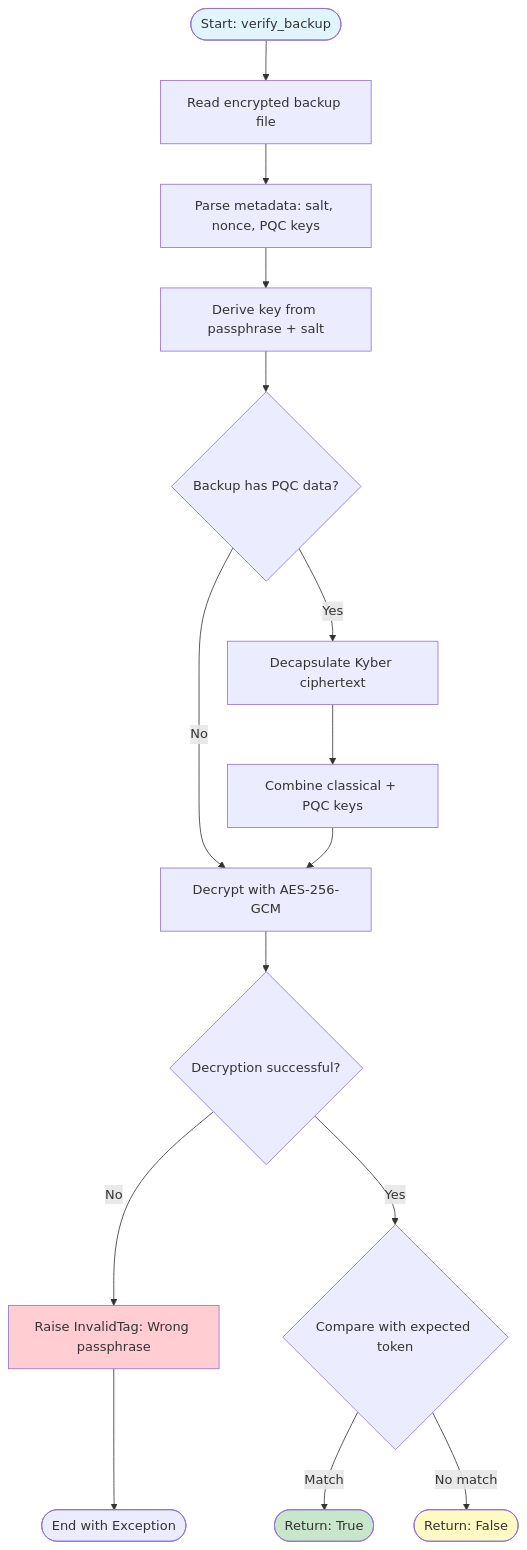
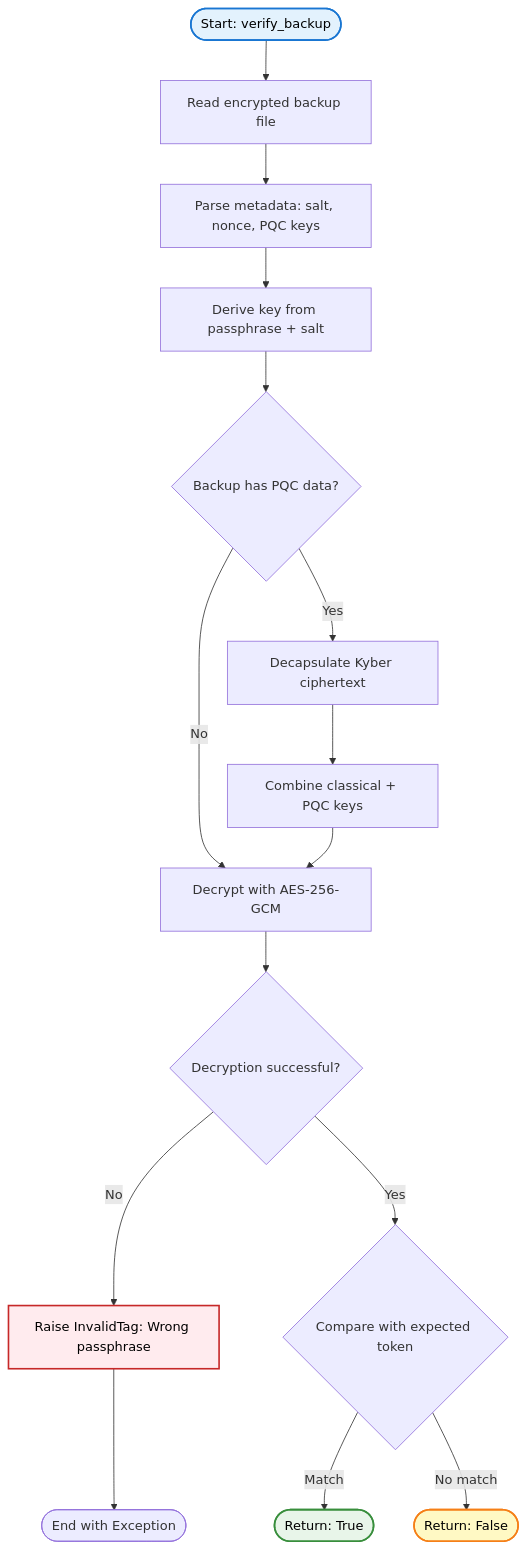
The sixth of 13 diagrams in README.md (Johnsonajibi/PostQuantum-DualUSB-Token-Library), drawn with Mermaid before and after one commit. The commit also changed other lines of this file, not shown here.

First line of the commit message:
docs: Improve color contrast in all Mermaid diagrams

````diff
--- a/README.md
+++ b/README.md
@@ -422,26 +422,26 @@
 ```mermaid
 flowchart TD
     Start([Start: verify_backup]) --> ReadBackup[Read encrypted backup file]
     ReadBackup --> ParseMeta[Parse metadata: salt, nonce, PQC keys]
     ParseMeta --> DeriveKey[Derive key from passphrase + salt]
     
     DeriveKey --> HasPQC{Backup has PQC data?}
     HasPQC -->|Yes| DecapKEM[Decapsulate Kyber ciphertext]
     HasPQC -->|No| Decrypt[Decrypt with AES-256-GCM]
     
     DecapKEM --> CombineKeys[Combine classical + PQC keys]
     CombineKeys --> Decrypt
     
     Decrypt --> DecryptSuccess{Decryption successful?}
     DecryptSuccess -->|No| Error1[Raise InvalidTag: Wrong passphrase]
     DecryptSuccess -->|Yes| Compare{Compare with expected token}
     
     Compare -->|Match| Success([Return: True])
     Compare -->|No match| Failure([Return: False])
     Error1 --> End([End with Exception])
     
-    style Start fill:#e1f5ff
-    style Success fill:#c8e6c9
-    style Failure fill:#fff9c4
-    style Error1 fill:#ffcdd2
+    style Start fill:#e3f2fd,stroke:#1976d2,stroke-width:2px,color:#000
+    style Success fill:#e8f5e9,stroke:#388e3c,stroke-width:2px,color:#000
+    style Failure fill:#fff9c4,stroke:#f57f17,stroke-width:2px,color:#000
+    style Error1 fill:#ffebee,stroke:#c62828,stroke-width:2px,color:#000
 ```
````
